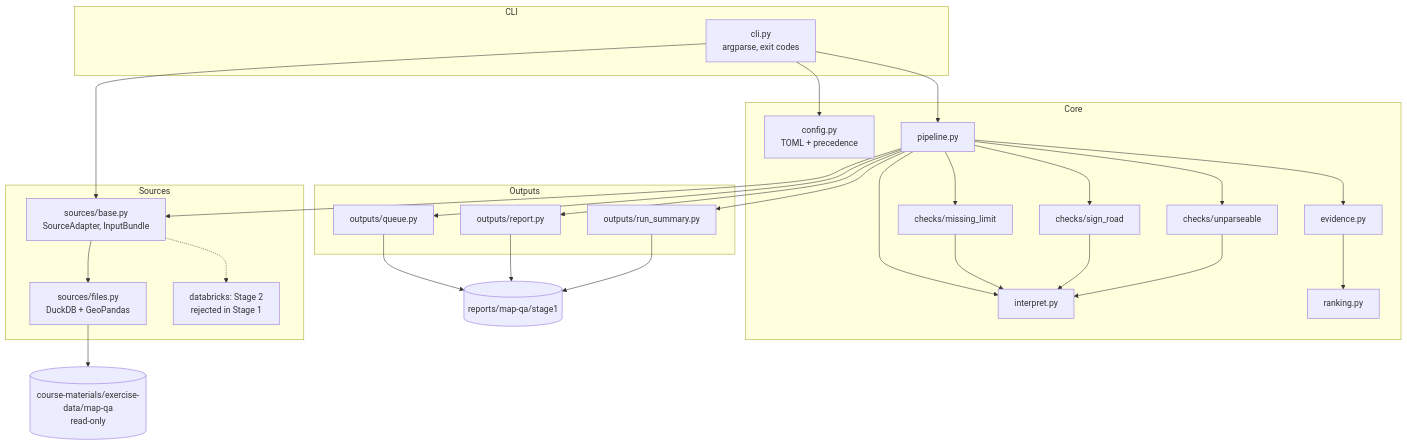
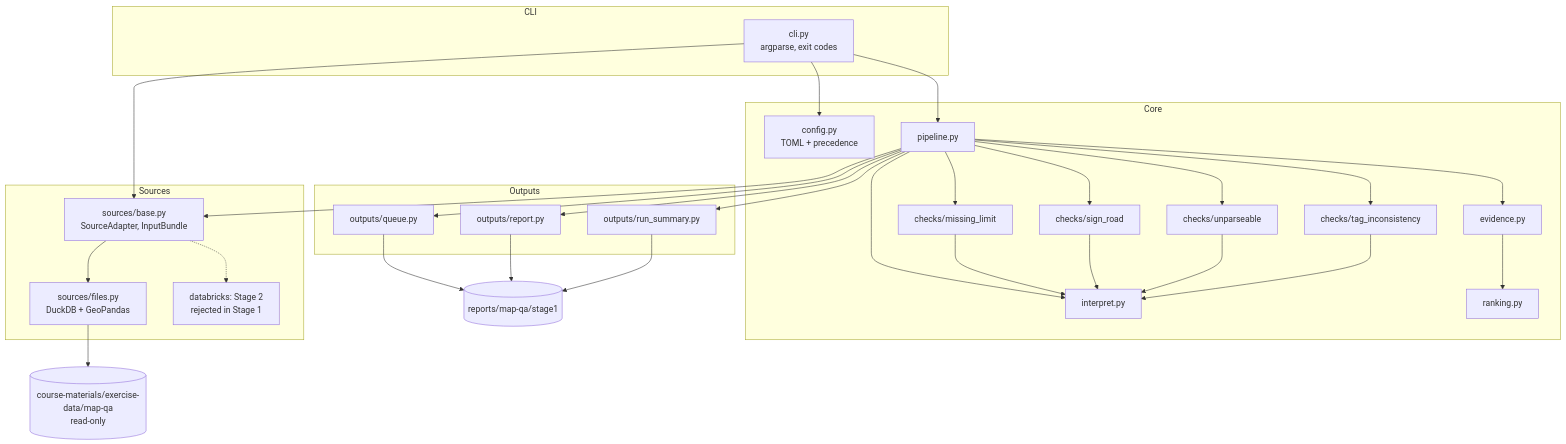
One commit to monikabialobrzeska/szkolenie_dodatkowe changed the first of 6 diagrams in docs/ADR/000-main-architecture.md. Above: the diagram before and after it, drawn with Mermaid. The commit also changed other lines of this file and 4 other files, not shown here.

````diff
--- a/docs/ADR/000-main-architecture.md
+++ b/docs/ADR/000-main-architecture.md
@@ -307,42 +315,43 @@
 ```mermaid
 flowchart TB
     subgraph CLI
         cli[cli.py<br/>argparse, exit codes]
     end
     subgraph Core
         cfg[config.py<br/>TOML + precedence]
         pipe[pipeline.py]
         interp[interpret.py]
         ml[checks/missing_limit]
         sr[checks/sign_road]
         up[checks/unparseable]
+        ti[checks/tag_inconsistency]
         ev[evidence.py]
         rk[ranking.py]
     end
     subgraph Sources
         base[sources/base.py<br/>SourceAdapter, InputBundle]
         files[sources/files.py<br/>DuckDB + GeoPandas]
         dbx[databricks: Stage 2<br/>rejected in Stage 1]
     end
     subgraph Outputs
         q[outputs/queue.py]
         rep[outputs/report.py]
         rs[outputs/run_summary.py]
     end
     data[(course-materials/exercise-data/map-qa<br/>read-only)]
     out[(reports/map-qa/stage1)]
 
     cli --> cfg
     cli --> pipe
     cli --> base
     pipe --> base
     base --> files
     base -.-> dbx
     files --> data
     pipe --> interp
-    pipe --> ml & sr & up
-    ml & sr & up --> interp
+    pipe --> ml & sr & up & ti
+    ml & sr & up & ti --> interp
     pipe --> ev --> rk
     pipe --> q & rep & rs
     q & rep & rs --> out
 ```
````
